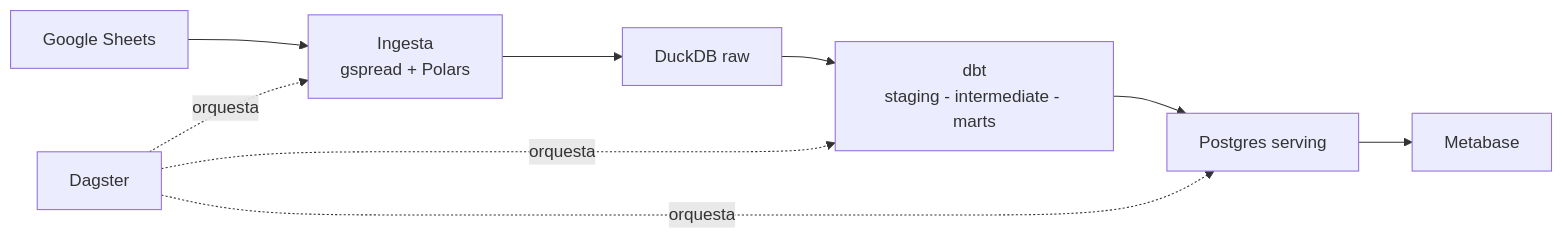
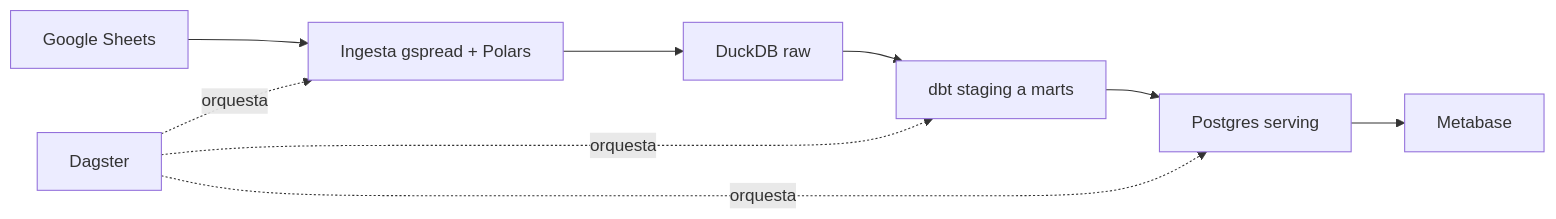
Before and after one commit to SabaM10/mym-waffles-data: the diagram in README.md, drawn with Mermaid.

Commit message:
fix(docs): remove br breaking mermaid rendering on github

````diff
--- a/README.md
+++ b/README.md
@@ -61,11 +61,11 @@
 ```mermaid
 flowchart LR
-    GS["Google Sheets"] --> ING["Ingesta<br/>gspread + Polars"]
+    GS["Google Sheets"] --> ING["Ingesta gspread + Polars"]
     ING --> RAW["DuckDB raw"]
-    RAW --> DBT["dbt<br/>staging - intermediate - marts"]
+    RAW --> DBT["dbt staging a marts"]
     DBT --> PG["Postgres serving"]
     PG --> MB["Metabase"]
     DAG["Dagster"] -.orquesta.-> ING
     DAG -.orquesta.-> DBT
     DAG -.orquesta.-> PG
 ```
````
